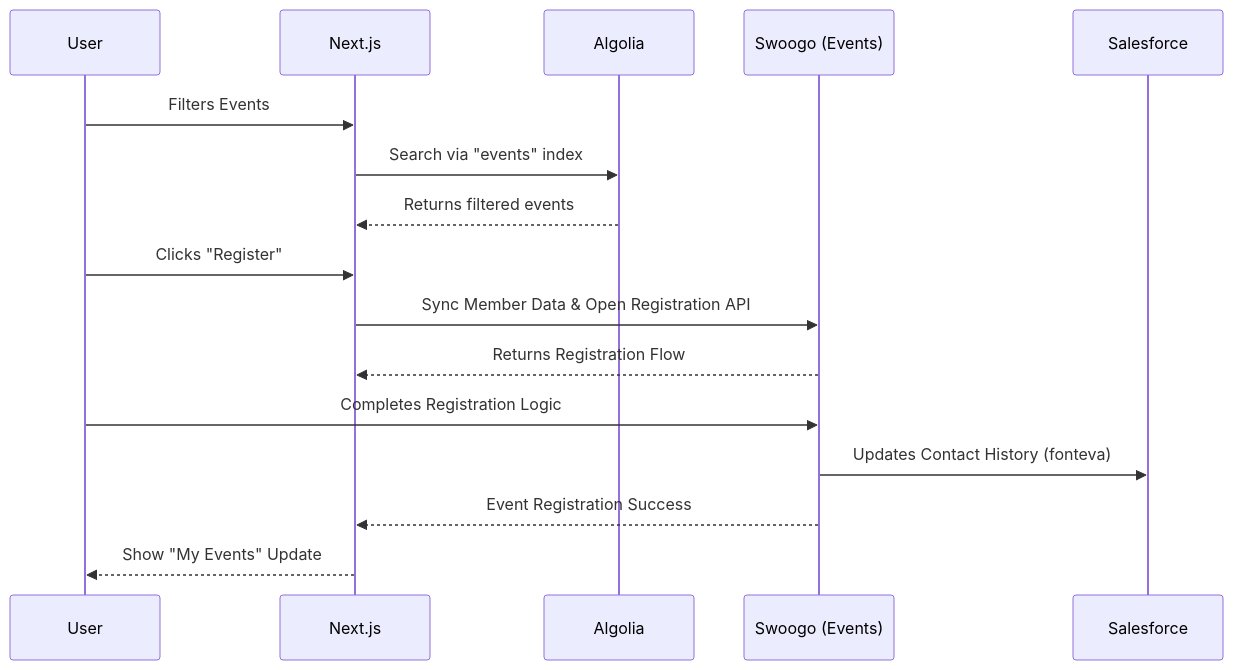
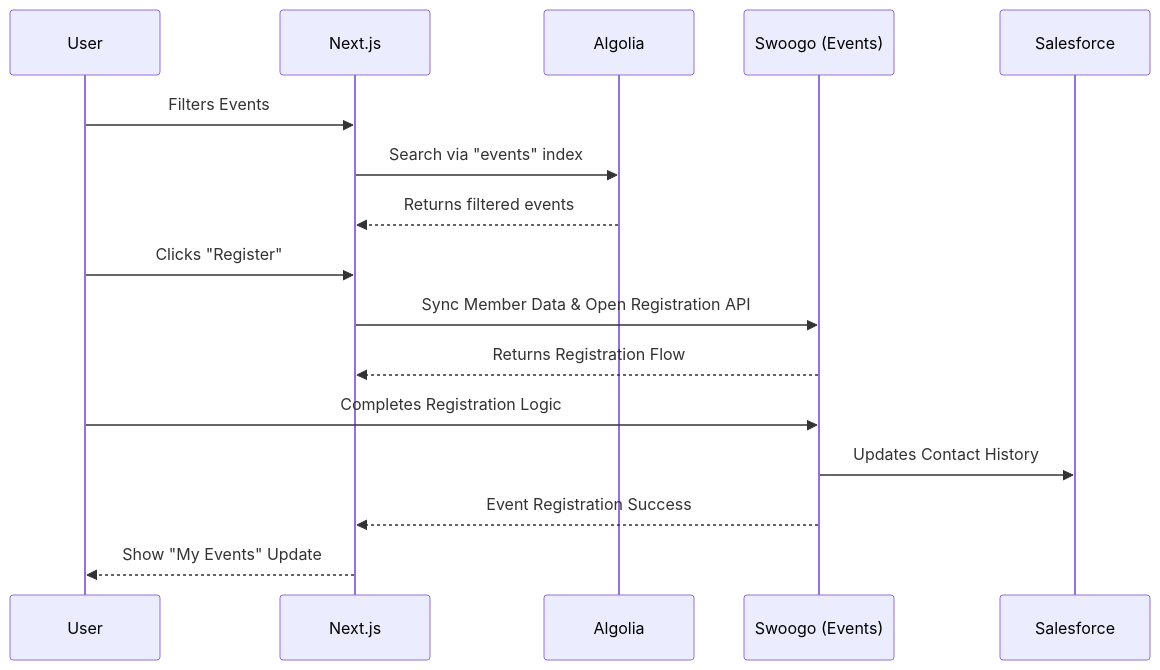
The sixth of 7 diagrams in BSAVA_MACH_ARCHITECTURE_DIAGRAM.md (timbowdeniona/bsava-com), drawn with Mermaid before and after one commit. The commit also changed other lines of this file and 1 other file, not shown here.

Commit message:
fix: sequence diagram connections visibility (white on white fix)

````diff
--- a/BSAVA_MACH_ARCHITECTURE_DIAGRAM.md
+++ b/BSAVA_MACH_ARCHITECTURE_DIAGRAM.md
@@ -223,19 +223,19 @@
 ```mermaid
 sequenceDiagram
     participant U as User
     participant N as Next.js
     participant A as Algolia
     participant SW as Swoogo (Events)
     participant SF as Salesforce
 
     U->>N: Filters Events
     N->>A: Search via "events" index
     A-->>N: Returns filtered events
     U->>N: Clicks "Register"
     N->>SW: Sync Member Data & Open Registration API
     SW-->>N: Returns Registration Flow
     U->>SW: Completes Registration Logic
-    SW->>SF: Updates Contact History (fonteva)
+    SW->>SF: Updates Contact History
     SW-->>N: Event Registration Success
     N-->>U: Show "My Events" Update
 ```
````
